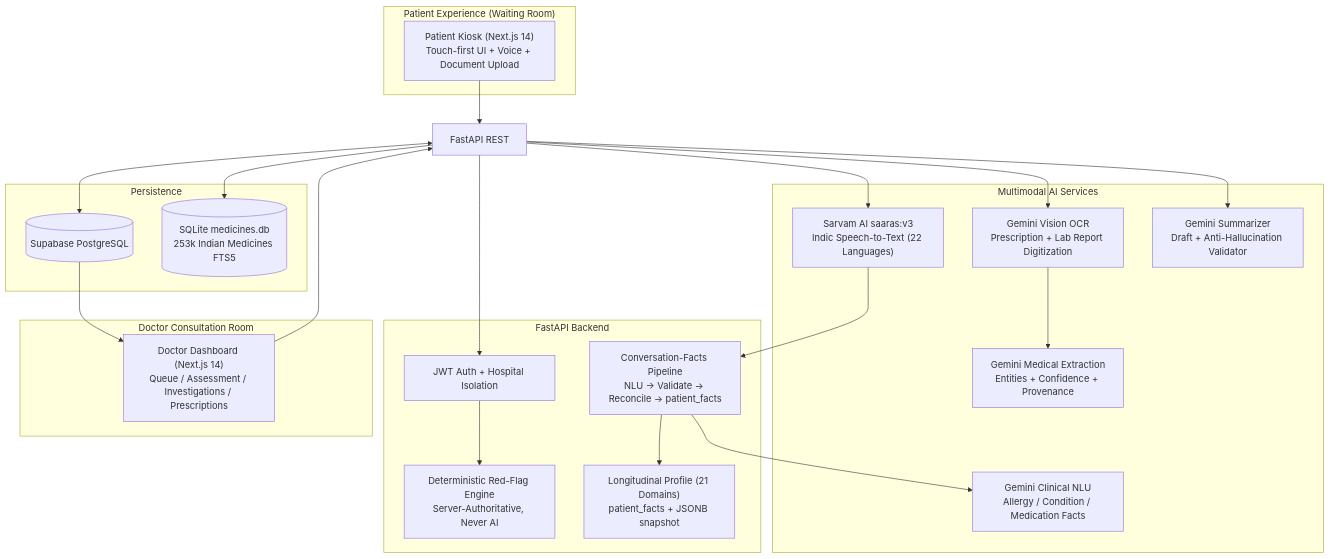
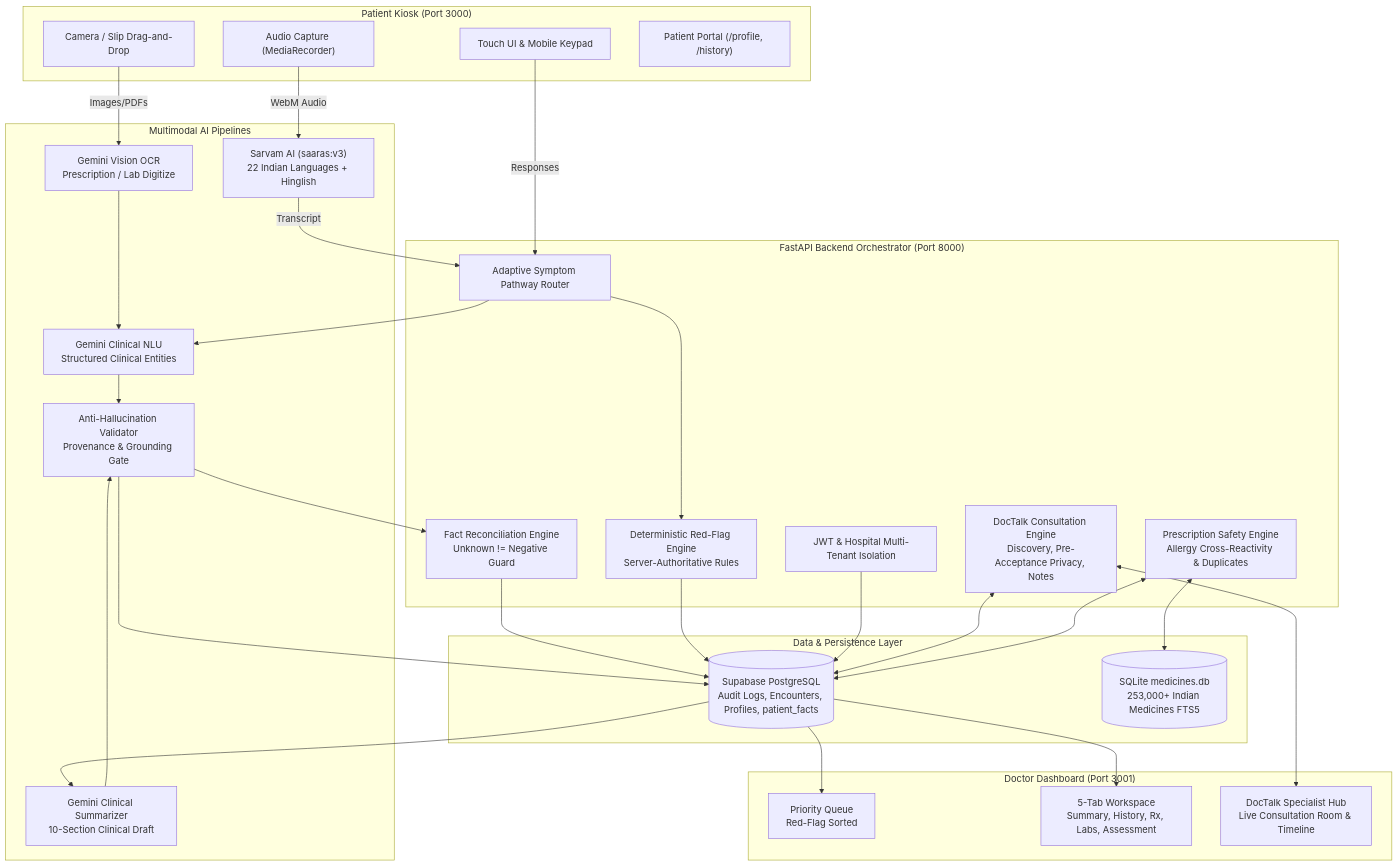
One commit to DarkModeTony/MediKiosk changed the first of 7 diagrams in README.md. Above: the diagram before and after it, drawn with Mermaid. The commit also changed other lines of this file and 85 other files, not shown here.

Commit message:
feat: complete DocTalk specialist network, patient profile & history portal, data isolation, and comprehensive README

````diff
--- a/README.md
+++ b/README.md
@@ -41,41 +40,53 @@
 ```mermaid
-flowchart TD
-    subgraph PatientExperience["Patient Experience (Waiting Room)"]
-        PK["Patient Kiosk (Next.js 14)<br/>Touch-first UI + Voice + Document Upload"]
+flowchart TB
+    subgraph Kiosk["Patient Kiosk (Port 3000)"]
+        UI["Touch UI & Mobile Keypad"]
+        MIC["Audio Capture (MediaRecorder)"]
+        DOCS["Camera / Slip Drag-and-Drop"]
+        PORTAL["Patient Portal (/profile, /history)"]
     end
 
-    subgraph ExternalAI["Multimodal AI Services"]
-        SARVAM["Sarvam AI saaras:v3<br/>Indic Speech-to-Text (22 Languages)"]
-        GEMINI_OCR["Gemini Vision OCR<br/>Prescription + Lab Report Digitization"]
-        GEMINI_EXT["Gemini Medical Extraction<br/>Entities + Confidence + Provenance"]
-        GEMINI_NLU["Gemini Clinical NLU<br/>Allergy / Condition / Medication Facts"]
-        GEMINI_SUM["Gemini Summarizer<br/>Draft + Anti-Hallucination Validator"]
+    subgraph AI_Layer["Multimodal AI Pipelines"]
+        ASR["Sarvam AI (saaras:v3)<br/>22 Indian Languages + Hinglish"]
+        OCR["Gemini Vision OCR<br/>Prescription / Lab Digitize"]
+        NLU["Gemini Clinical NLU<br/>Structured Clinical Entities"]
+        SUM["Gemini Clinical Summarizer<br/>10-Section Clinical Draft"]
+        VAL["Anti-Hallucination Validator<br/>Provenance & Grounding Gate"]
     end
 
-    subgraph BackendCore["FastAPI Backend"]
-        AUTH["JWT Auth + Hospital Isolation"]
-        PIPELINE["Conversation-Facts Pipeline<br/>NLU -> Validate -> Reconcile -> patient_facts"]
-        RED_FLAG["Deterministic Red-Flag Engine<br/>Server-Authoritative, Never AI"]
-        LONGITUDINAL["Longitudinal Profile (21 Domains)<br/>patient_facts + JSONB snapshot"]
+    subgraph Backend["FastAPI Backend Orchestrator (Port 8000)"]
+        AUTH["JWT & Hospital Multi-Tenant Isolation"]
+        ROUTER["Adaptive Symptom Pathway Router"]
+        RED_FLAG["Deterministic Red-Flag Engine<br/>Server-Authoritative Rules"]
+        RECON["Fact Reconciliation Engine<br/>Unknown != Negative Guard"]
+        DOCTALK["DocTalk Consultation Engine<br/>Discovery, Pre-Acceptance Privacy, Notes"]
+        RX_ENGINE["Prescription Safety Engine<br/>Allergy Cross-Reactivity & Duplicates"]
     end
 
-    subgraph DatabaseLayer["Persistence"]
-        POSTGRES[("Supabase PostgreSQL")]
-        SQLITE[("SQLite medicines.db<br/>253k Indian Medicines FTS5")]
+    subgraph Storage["Data & Persistence Layer"]
+        PG[("Supabase PostgreSQL<br/>Audit Logs, Encounters, Profiles, patient_facts")]
+        SQLITE[("SQLite medicines.db<br/>253,000+ Indian Medicines FTS5")]
     end
 
-    subgraph DoctorExperience["Doctor Consultation Room"]
-        DD["Doctor Dashboard (Next.js 14)<br/>Queue / Assessment / Investigations / Prescriptions"]
+    subgraph Dashboard["Doctor Dashboard (Port 3001)"]
+        QUEUE["Priority Queue<br/>Red-Flag Sorted"]
+        WORKSPACE["5-Tab Workspace<br/>Summary, History, Rx, Labs, Assessment"]
+        TALK_UI["DocTalk Specialist Hub<br/>Live Consultation Room & Timeline"]
     end
 
-    PK --> API["FastAPI REST"]
-    API --> SARVAM --> PIPELINE --> GEMINI_NLU
-    PIPELINE --> LONGITUDINAL
-    API --> GEMINI_OCR --> GEMINI_EXT
-    API --> AUTH --> RED_FLAG
-    API --> GEMINI_SUM
-    API <--> POSTGRES
-    API --> SQLITE
-    POSTGRES --> DD
-    DD --> API
+    MIC -->|WebM Audio| ASR -->|Transcript| ROUTER
+    UI -->|Responses| ROUTER --> NLU
+    DOCS -->|Images/PDFs| OCR --> NLU
+    NLU --> VAL --> RECON --> PG
+    ROUTER --> RED_FLAG --> PG
+    PG --> SUM --> VAL --> PG
+
+    AUTH --> PG
+    DOCTALK <--> PG
+    RX_ENGINE <--> SQLITE
+    RX_ENGINE <--> PG
+
+    PG --> QUEUE
+    PG --> WORKSPACE
+    DOCTALK <--> TALK_UI
 ```
````
